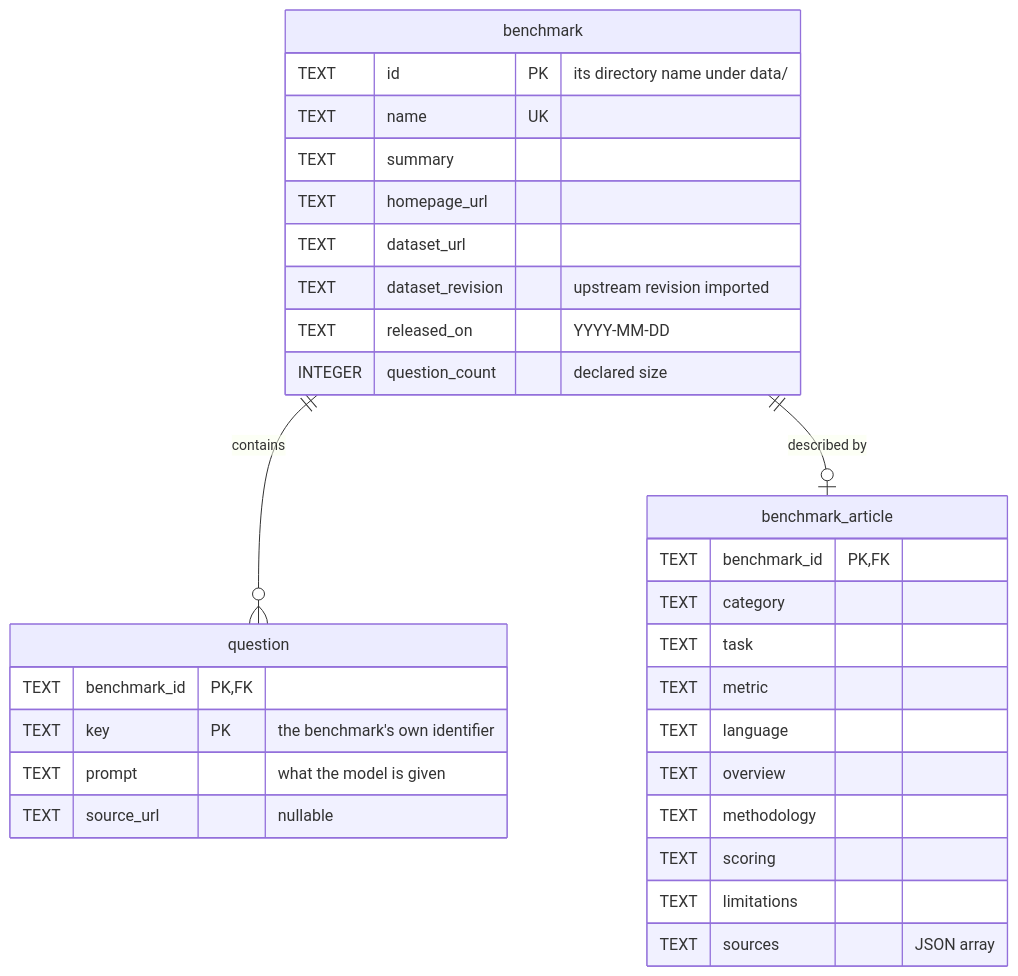
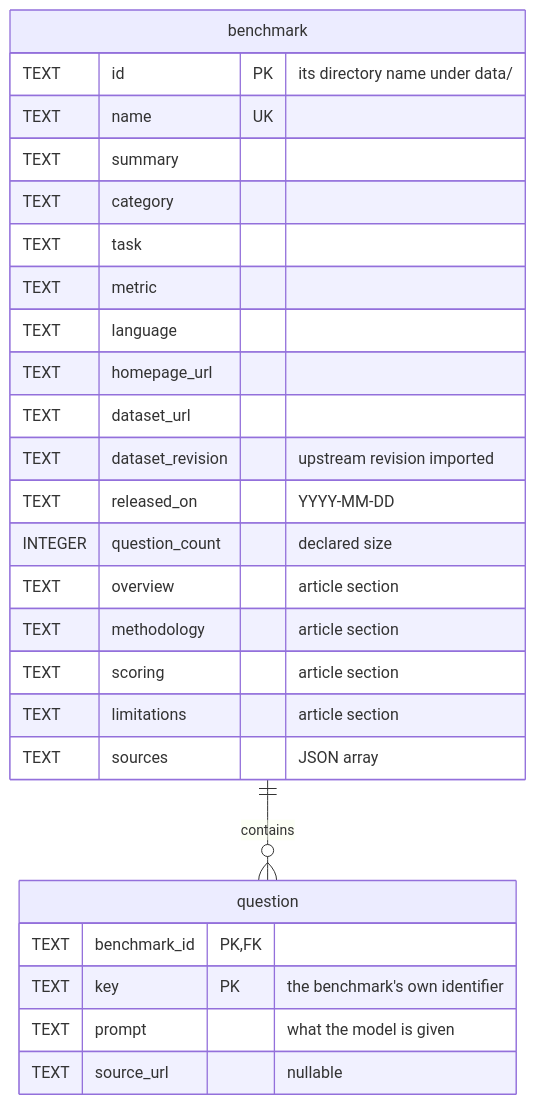
The diagram in README.md (khooeee/benchopedia), drawn with Mermaid before and after one commit. The commit also changed other lines of this file and 5 other files, not shown here.

First line of the commit message:
Merge benchmark_article into benchmark

````diff
--- a/README.md
+++ b/README.md
@@ -21,34 +21,30 @@
 ```mermaid
 erDiagram
     benchmark ||--o{ question : contains
-    benchmark ||--o| benchmark_article : "described by"
 
     benchmark {
         TEXT id PK "its directory name under data/"
         TEXT name UK
         TEXT summary
+        TEXT category
+        TEXT task
+        TEXT metric
+        TEXT language
         TEXT homepage_url
         TEXT dataset_url
         TEXT dataset_revision "upstream revision imported"
         TEXT released_on "YYYY-MM-DD"
         INTEGER question_count "declared size"
+        TEXT overview "article section"
+        TEXT methodology "article section"
+        TEXT scoring "article section"
+        TEXT limitations "article section"
+        TEXT sources "JSON array"
     }
     question {
         TEXT benchmark_id PK, FK
         TEXT key PK "the benchmark's own identifier"
         TEXT prompt "what the model is given"
         TEXT source_url "nullable"
     }
-    benchmark_article {
-        TEXT benchmark_id PK, FK
-        TEXT category
-        TEXT task
-        TEXT metric
-        TEXT language
-        TEXT overview
-        TEXT methodology
-        TEXT scoring
-        TEXT limitations
-        TEXT sources "JSON array"
-    }
 ```
````
